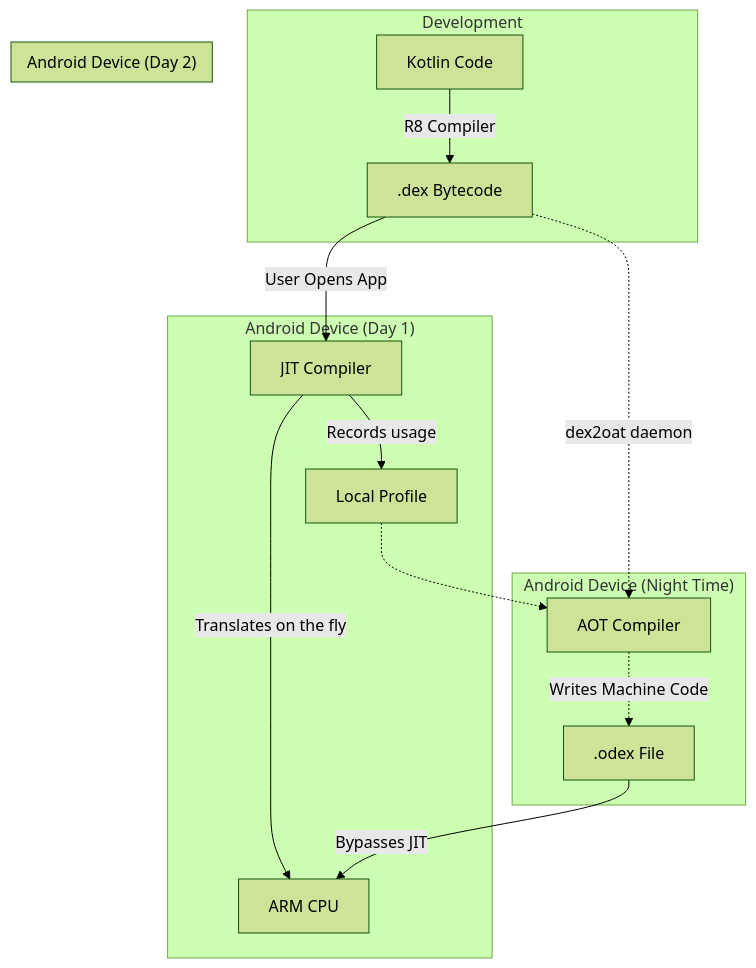
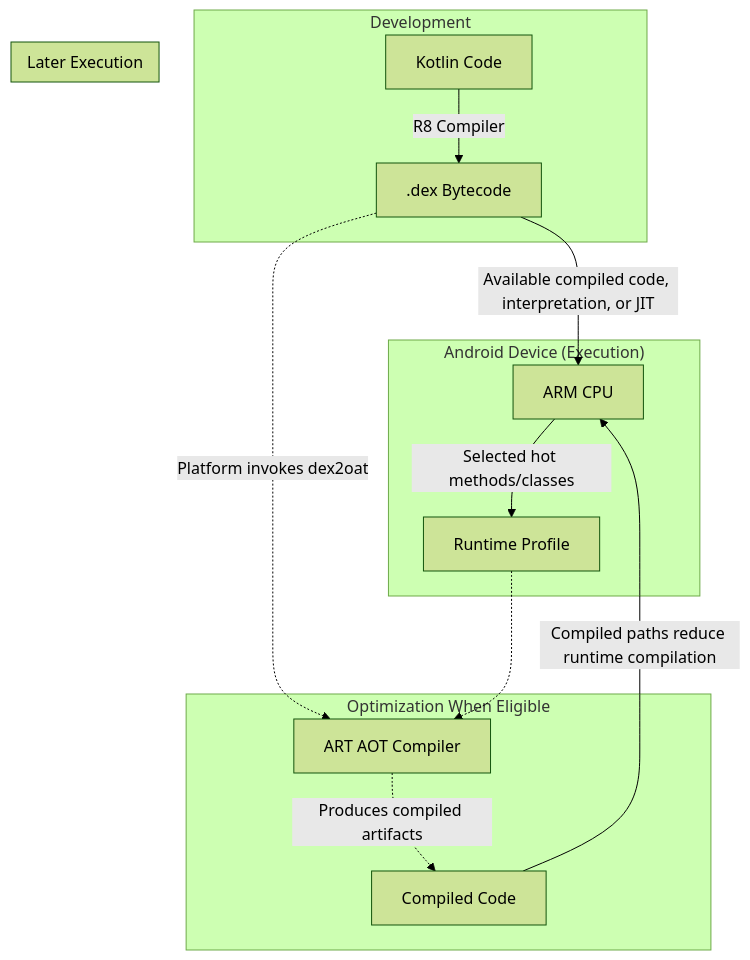
One commit to swarnsingh/android-staff-engineer-playbook-website changed the diagram in android/os-internals/art-and-dalvik.md. Above: the diagram before and after it, drawn with Mermaid (forest theme). The commit also changed other lines of this file and 11 other files, not shown here.

````diff
--- a/android/os-internals/art-and-dalvik.md
+++ b/android/os-internals/art-and-dalvik.md
@@ -60,22 +60,21 @@
 ```mermaid
 graph TD
     subgraph "Development"
         Kotlin[Kotlin Code] -->|R8 Compiler| DEX[.dex Bytecode]
     end
     
-    subgraph "Android Device (Day 1)"
-        DEX -->|User Opens App| JIT[JIT Compiler]
-        JIT -->|Translates on the fly| CPU[ARM CPU]
-        JIT -->|Records usage| Prof[Local Profile]
+    subgraph "Android Device (Execution)"
+        DEX -->|Available compiled code, interpretation, or JIT| CPU[ARM CPU]
+        CPU -->|Selected hot methods/classes| Prof[Runtime Profile]
     end
     
-    subgraph "Android Device (Night Time)"
-        DEX -.->|dex2oat daemon| AOT[AOT Compiler]
+    subgraph "Optimization When Eligible"
+        DEX -.->|Platform invokes dex2oat| AOT[ART AOT Compiler]
         Prof -.-> AOT
-        AOT -.->|Writes Machine Code| ODEX[.odex File]
+        AOT -.->|Produces compiled artifacts| ODEX[Compiled Code]
     end
     
-    subgraph "Android Device (Day 2)"
-        ODEX -->|Bypasses JIT| CPU
+    subgraph "Later Execution"
+        ODEX -->|Compiled paths reduce runtime compilation| CPU
     end
 ```
````
